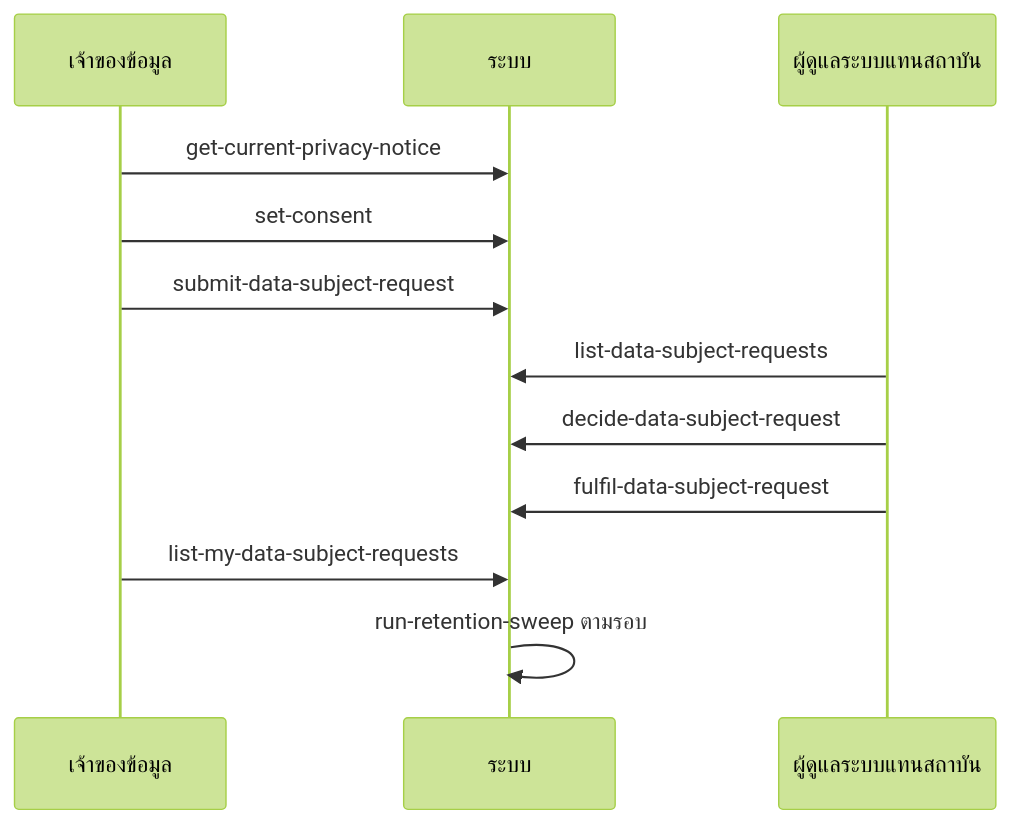
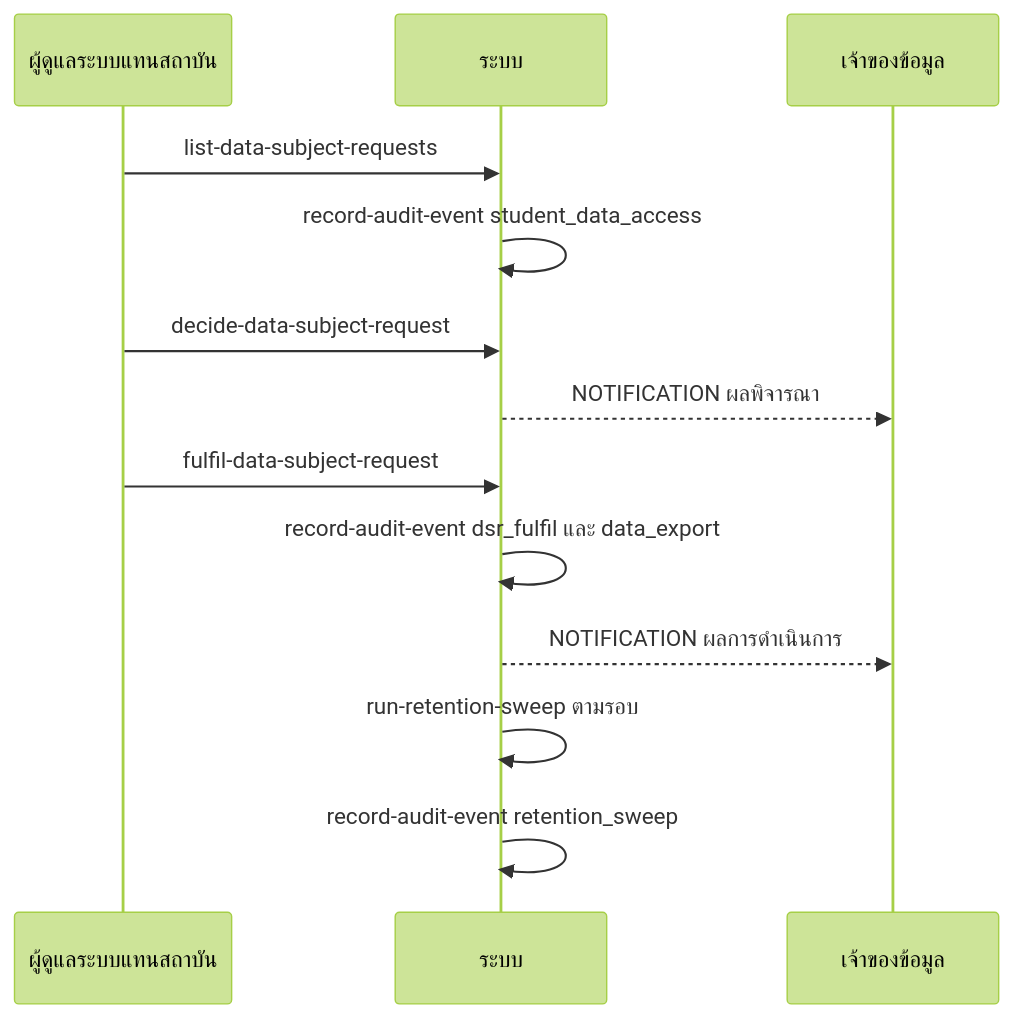
Before and after one commit to PAKOSORUS/Grade-Runway-PROJECT: the eighth of 10 diagrams in docs/02-design/02-technical/api-spec.md, drawn with Mermaid (forest theme). The commit also changed other lines of this file and 2 other files, not shown here.

````diff
--- a/docs/02-design/02-technical/api-spec.md
+++ b/docs/02-design/02-technical/api-spec.md
@@ -800,14 +890,15 @@
 ```mermaid
 sequenceDiagram
+    participant Adm as ผู้ดูแลระบบแทนสถาบัน
+    participant Sys as ระบบ
     participant Own as เจ้าของข้อมูล
-    participant Sys as ระบบ
-    participant Adm as ผู้ดูแลระบบแทนสถาบัน
-    Own->>Sys: get-current-privacy-notice
-    Own->>Sys: set-consent
-    Own->>Sys: submit-data-subject-request
     Adm->>Sys: list-data-subject-requests
+    Sys->>Sys: record-audit-event student_data_access
     Adm->>Sys: decide-data-subject-request
+    Sys-->>Own: NOTIFICATION ผลพิจารณา
     Adm->>Sys: fulfil-data-subject-request
-    Own->>Sys: list-my-data-subject-requests
+    Sys->>Sys: record-audit-event dsr_fulfil และ data_export
+    Sys-->>Own: NOTIFICATION ผลการดำเนินการ
     Sys->>Sys: run-retention-sweep ตามรอบ
+    Sys->>Sys: record-audit-event retention_sweep
 ```
````
